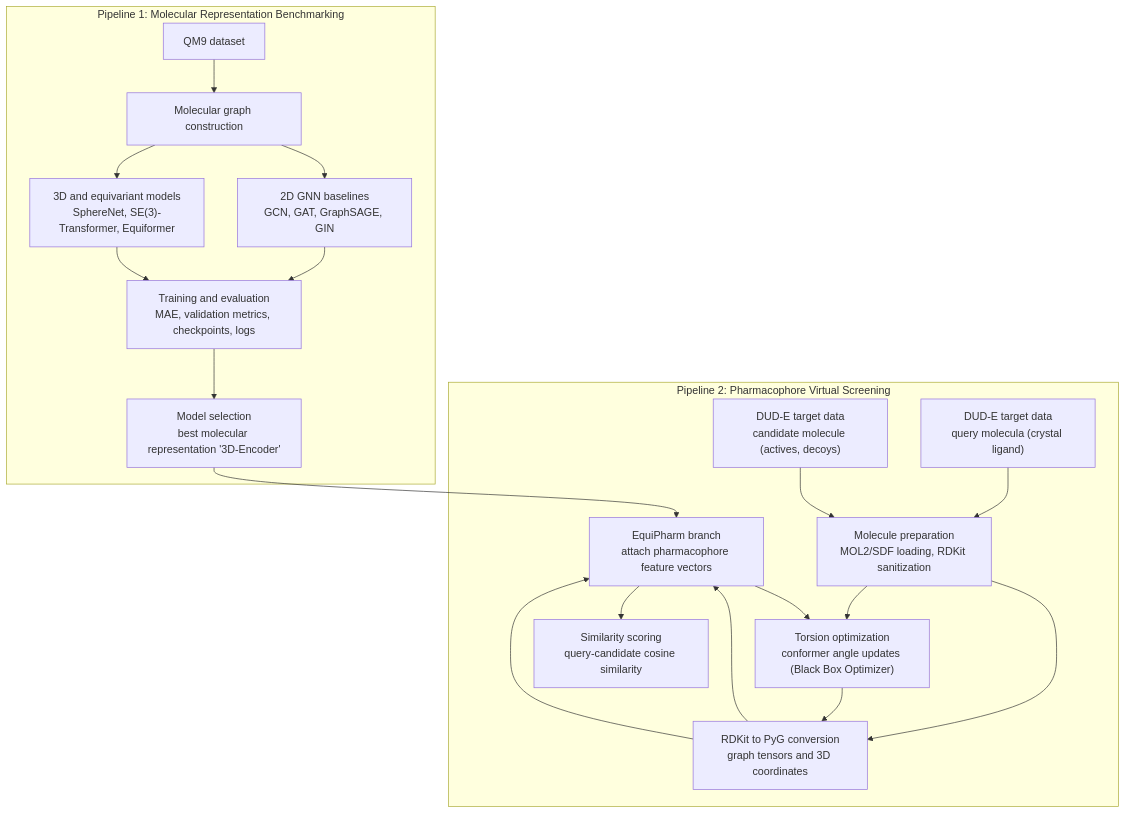
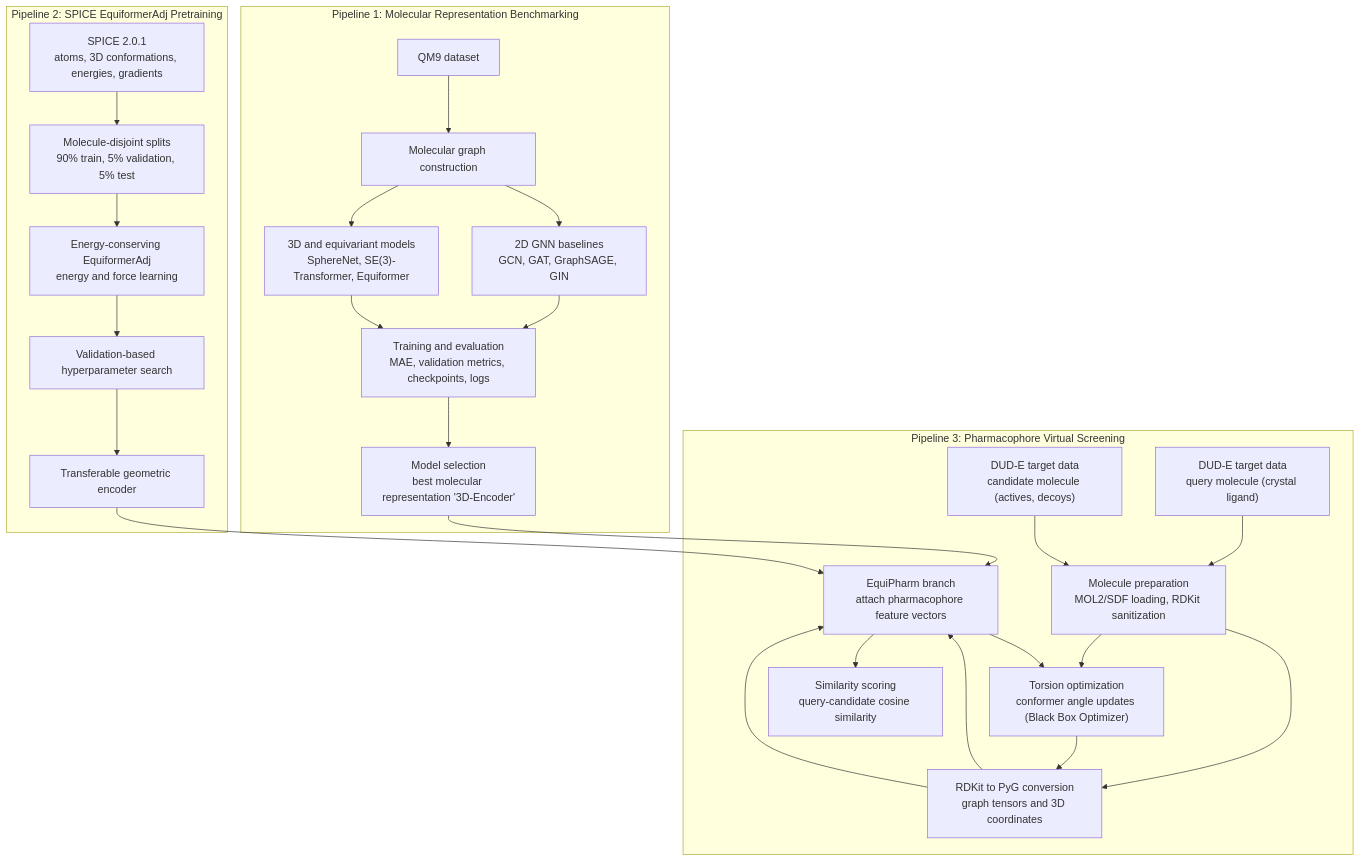
One commit to ismail7CAa/EquiPharm changed the diagram in README.md. Above: the diagram before and after it, drawn with Mermaid. The commit also changed other lines of this file, not shown here.

````diff
--- a/README.md
+++ b/README.md
@@ -5,41 +5,55 @@
 ```mermaid
 flowchart TB
   subgraph B["Pipeline 1: Molecular Representation Benchmarking"]
     B1["QM9 dataset"]
     B2["Molecular graph construction"]
     B3["2D GNN baselines<br/>GCN, GAT, GraphSAGE, GIN"]
     B4["3D and equivariant models<br/>SphereNet, SE(3)-Transformer, Equiformer"]
     B5["Training and evaluation<br/>MAE, validation metrics, checkpoints, logs"]
     B6["Model selection<br/>best molecular representation '3D-Encoder'"]
 
     B1 --> B2
     B2 --> B3
     B2 --> B4
     B3 --> B5
     B4 --> B5
     B5 --> B6
   end
 
-  subgraph P["Pipeline 2: Pharmacophore Virtual Screening"]
-    P1["DUD-E target data<br/>query molecula (crystal ligand)"]
+  subgraph S["Pipeline 2: SPICE EquiformerAdj Pretraining"]
+    S1["SPICE 2.0.1<br/>atoms, 3D conformations, energies, gradients"]
+    S2["Molecule-disjoint splits<br/>90% train, 5% validation, 5% test"]
+    S3["Energy-conserving EquiformerAdj<br/>energy and force learning"]
+    S4["Validation-based hyperparameter search"]
+    S5["Transferable geometric encoder"]
+
+    S1 --> S2
+    S2 --> S3
+    S3 --> S4
+    S4 --> S5
+  end
+
+  subgraph P["Pipeline 3: Pharmacophore Virtual Screening"]
+    P1["DUD-E target data<br/>query molecule (crystal ligand)"]
     P2["DUD-E target data<br/>candidate molecule (actives, decoys)"]
     P3["Molecule preparation<br/>MOL2/SDF loading, RDKit sanitization"]
     P4["Torsion optimization<br/>conformer angle updates (Black Box Optimizer)"]
     P5["RDKit to PyG conversion<br/>graph tensors and 3D coordinates"]
     P6["EquiPharm branch<br/>attach pharmacophore feature vectors"]
     P7["Similarity scoring<br/>query-candidate cosine similarity"]
 
     P1 --> P3
     P2 --> P3
     P3 --> P4
     P3 --> P5
     P4 --> P5
     P5 --> P6
     P5 --> P6
     P6 --> P7
     P6 --> P4
     
   end
 
   B6 --> P6
+  S5 --> P6
 ```
````
